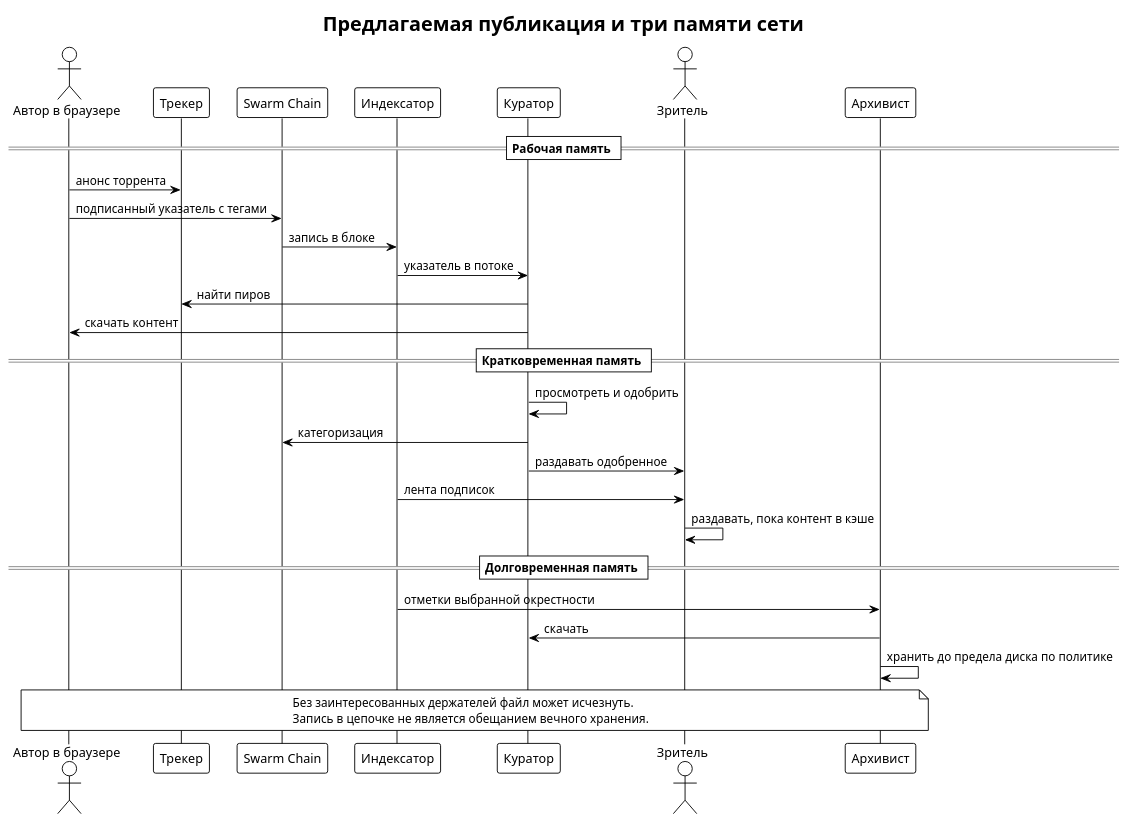
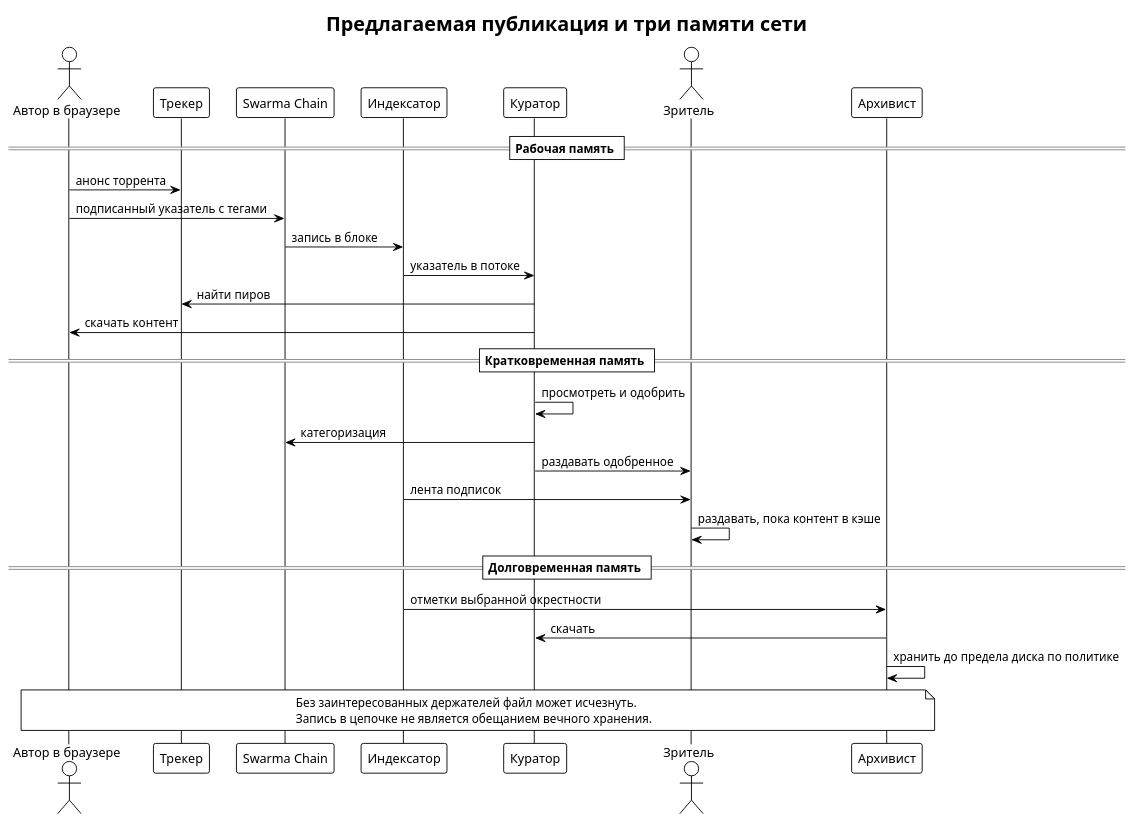
Before and after one commit to relux-works/swarma-docs: the diagram in book/src/publish-flow.puml, drawn with PlantUML. The commit also changed 61 other files, not shown here.

```diff
--- a/book/src/publish-flow.puml
+++ b/book/src/publish-flow.puml
@@ -1,34 +1,34 @@
 @startuml publish-flow
 !theme plain
 skinparam defaultFontName "PT Sans"
 skinparam shadowing false
 title Предлагаемая публикация и три памяти сети
 actor "Автор в браузере" as A
 participant "Трекер" as T
-participant "Swarm Chain" as C
+participant "Swarma Chain" as C
 participant "Индексатор" as I
 participant "Куратор" as K
 actor "Зритель" as V
 participant "Архивист" as L
 == Рабочая память ==
 A -> T : анонс торрента
 A -> C : подписанный указатель с тегами
 C -> I : запись в блоке
 I -> K : указатель в потоке
 K -> T : найти пиров
 K -> A : скачать контент
 == Кратковременная память ==
 K -> K : просмотреть и одобрить
 K -> C : категоризация
 K -> V : раздавать одобренное
 I -> V : лента подписок
 V -> V : раздавать, пока контент в кэше
 == Долговременная память ==
 I -> L : отметки выбранной окрестности
 L -> K : скачать
 L -> L : хранить до предела диска по политике
 note over A, L
   Без заинтересованных держателей файл может исчезнуть.
   Запись в цепочке не является обещанием вечного хранения.
 end note
 @enduml
```
